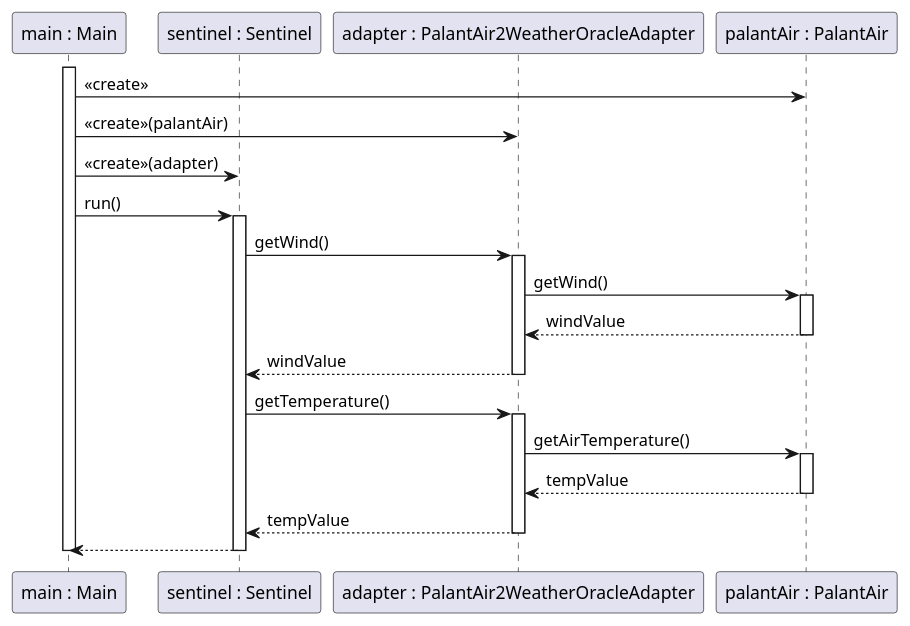
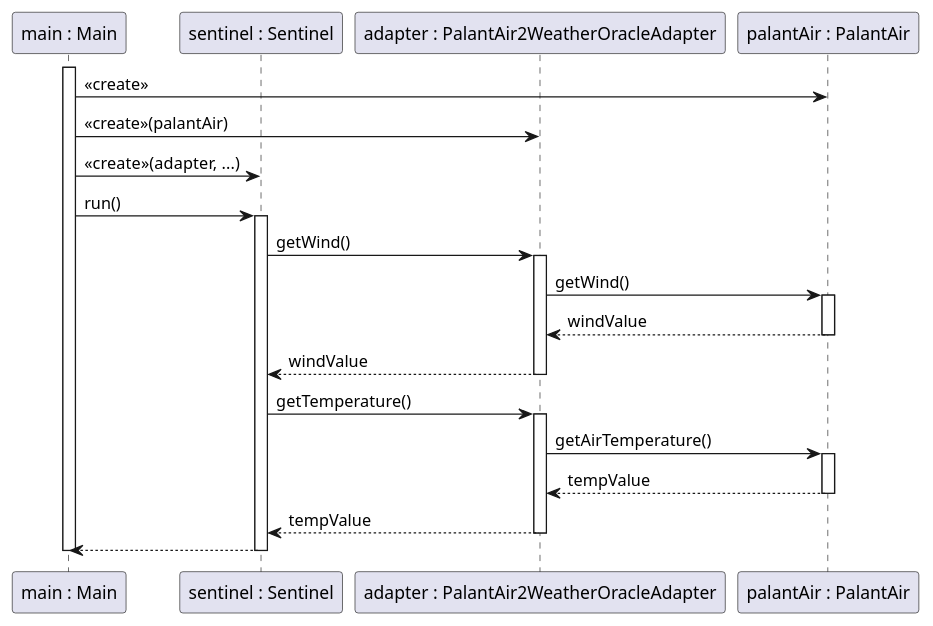
One commit to PatrickATdIT/AmazingWeatherSentinel changed the second of 2 diagrams in doc/script/80_lsp.md. Above: the diagram before and after it, drawn with PlantUML. The commit also changed other lines of this file and 15 other files, not shown here.

````diff
--- a/doc/script/80_lsp.md
+++ b/doc/script/80_lsp.md
@@ -201,39 +207,39 @@
 ```plantuml
 @startuml
 participant "main : Main" as Main
 participant "sentinel : Sentinel" as Sentinel
 participant "adapter : PalantAir2WeatherOracleAdapter" as Adapter
 participant "palantAir : PalantAir" as PalantAir
 
 activate Main
     ' Initialisierung (Composition Root)
     Main -> PalantAir : <<create>>
     Main -> Adapter : <<create>>(palantAir)
-    Main -> Sentinel : <<create>>(adapter)
+    Main -> Sentinel : <<create>>(adapter, ...)
     
     ' Ausführung
     Main -> Sentinel : run()
     activate Sentinel
         Sentinel -> Adapter : getWind()
         activate Adapter
             Adapter -> PalantAir : getWind()
             activate PalantAir
             PalantAir --> Adapter : windValue
             deactivate PalantAir
         Adapter --> Sentinel : windValue
         deactivate Adapter
         
         Sentinel -> Adapter : getTemperature()
         activate Adapter
             Adapter -> PalantAir : getAirTemperature()
             activate PalantAir
             PalantAir --> Adapter : tempValue
             deactivate PalantAir
         Adapter --> Sentinel : tempValue
         deactivate Adapter
         
     Sentinel --> Main
     deactivate Sentinel
 deactivate Main
 @enduml
 ```
````
